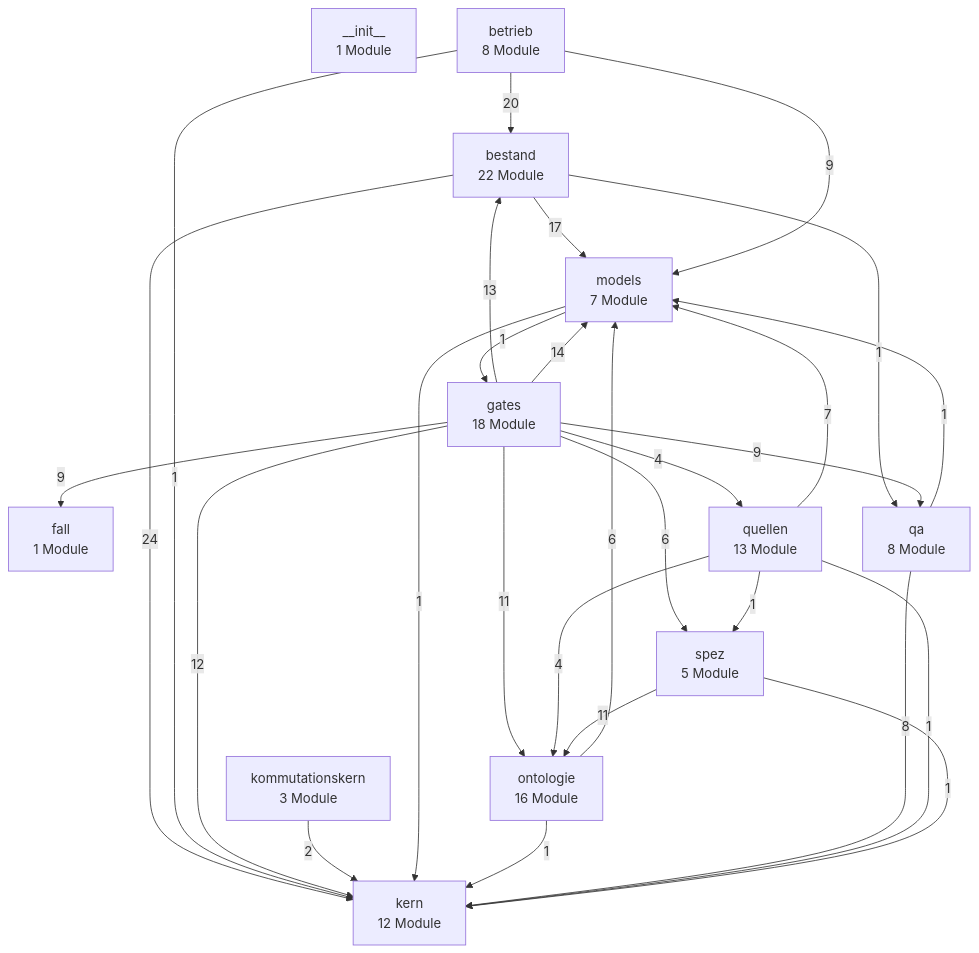
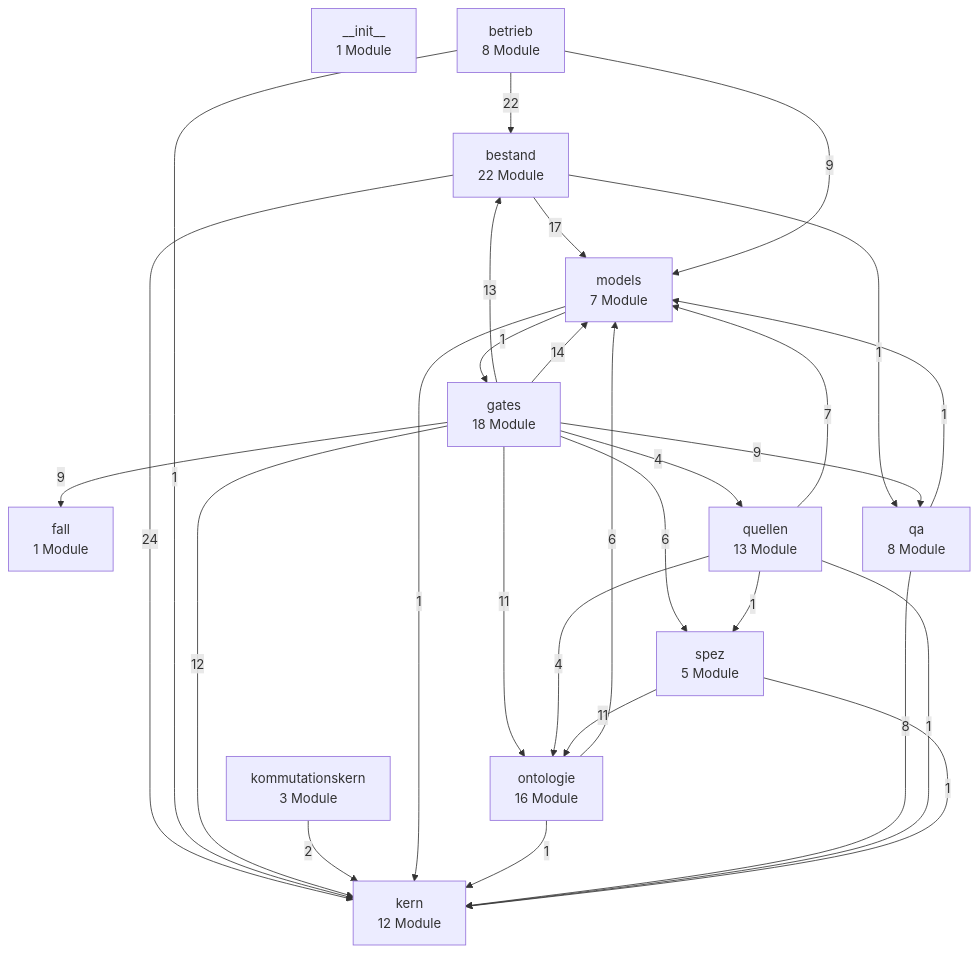
The first of 3 diagrams in docs/architektur/landkarte.md (bartlmac/rechner-pipeline), drawn with Mermaid before and after one commit. The commit also changed 9 other files, not shown here.

First line of the commit message:
fix(bestand,betrieb)!: die Monatszahlen zaehlen vollstaendig, und das Paket belegt sie

````diff
--- a/docs/architektur/landkarte.md
+++ b/docs/architektur/landkarte.md
@@ -27,43 +27,43 @@
 ```mermaid
 %% Schichten — erzeugt von ontologie.landkarte
 flowchart TD
     n__init__["__init__<br/>1 Module"]
     bestand["bestand<br/>22 Module"]
     betrieb["betrieb<br/>8 Module"]
     fall["fall<br/>1 Module"]
     gates["gates<br/>18 Module"]
     kern["kern<br/>12 Module"]
     kommutationskern["kommutationskern<br/>3 Module"]
     models["models<br/>7 Module"]
     ontologie["ontologie<br/>16 Module"]
     qa["qa<br/>8 Module"]
     quellen["quellen<br/>13 Module"]
     spez["spez<br/>5 Module"]
     bestand -- 24 --> kern
     bestand -- 17 --> models
     bestand -- 1 --> qa
-    betrieb -- 20 --> bestand
+    betrieb -- 22 --> bestand
     betrieb -- 1 --> kern
     betrieb -- 9 --> models
     gates -- 13 --> bestand
     gates -- 9 --> fall
     gates -- 12 --> kern
     gates -- 14 --> models
     gates -- 11 --> ontologie
     gates -- 9 --> qa
     gates -- 4 --> quellen
     gates -- 6 --> spez
     kommutationskern -- 2 --> kern
     models -- 1 --> gates
     models -- 1 --> kern
     ontologie -- 1 --> kern
     ontologie -- 6 --> models
     qa -- 8 --> kern
     qa -- 1 --> models
     quellen -- 1 --> kern
     quellen -- 7 --> models
     quellen -- 4 --> ontologie
     quellen -- 1 --> spez
     spez -- 1 --> kern
     spez -- 11 --> ontologie
 ```
````
